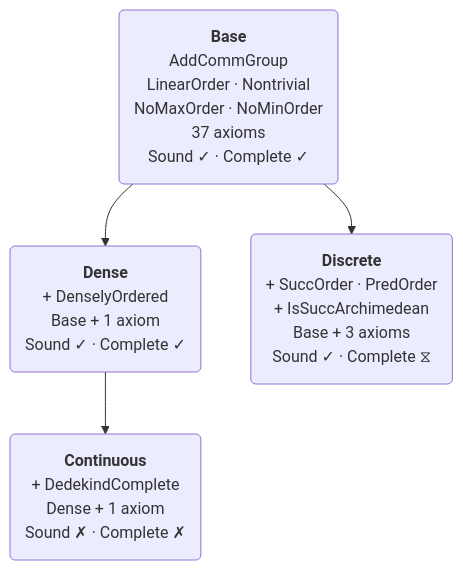
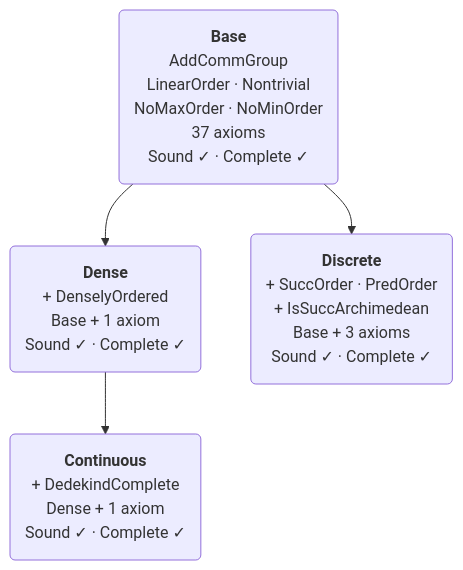
The diagram in README.md (benbrastmckie/BimodalLogic), drawn with Mermaid before and after one commit. The commit also changed other lines of this file and 2 other files, not shown here.

````diff
--- a/README.md
+++ b/README.md
@@ -131,11 +139,11 @@
 ```mermaid
 graph TD
     B("<b>Base</b><br/>AddCommGroup<br/>LinearOrder · Nontrivial<br/>NoMaxOrder · NoMinOrder<br/>37 axioms<br/>Sound ✓ · Complete ✓")
     D("<b>Dense</b><br/>+ DenselyOrdered<br/>Base + 1 axiom<br/>Sound ✓ · Complete ✓")
-    C("<b>Continuous</b><br/>+ DedekindComplete<br/>Dense + 1 axiom<br/>Sound ✗ · Complete ✗")
-    Z("<b>Discrete</b><br/>+ SuccOrder · PredOrder<br/>+ IsSuccArchimedean<br/>Base + 3 axioms<br/>Sound ✓ · Complete ⧖")
+    C("<b>Continuous</b><br/>+ DedekindComplete<br/>Dense + 1 axiom<br/>Sound ✓ · Complete ✓")
+    Z("<b>Discrete</b><br/>+ SuccOrder · PredOrder<br/>+ IsSuccArchimedean<br/>Base + 3 axioms<br/>Sound ✓ · Complete ✓")
 
     B --> D
     D --> C
     B --> Z
 ```
````
